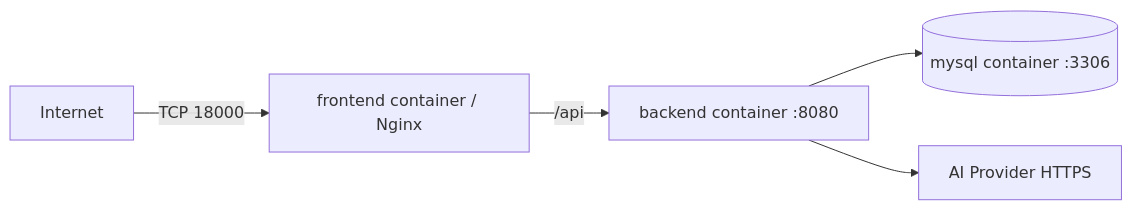
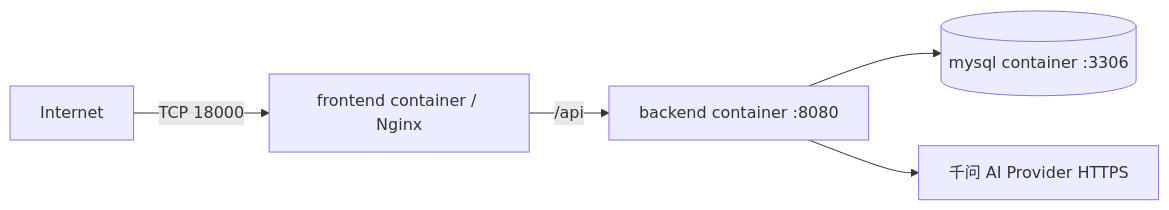
The third of 3 diagrams in docs/architecture.md (maple0511/vueblog), drawn with Mermaid before and after one commit. The commit also changed other lines of this file and 11 other files, not shown here.

````diff
--- a/docs/architecture.md
+++ b/docs/architecture.md
@@ -39,7 +39,7 @@
 ```mermaid
 flowchart LR
   Internet -->|TCP 18000| FE[frontend container / Nginx]
   FE -->|/api| BE[backend container :8080]
   BE --> DB[(mysql container :3306)]
-  BE --> AI[AI Provider HTTPS]
+  BE --> AI[千问 AI Provider HTTPS]
 ```
````
